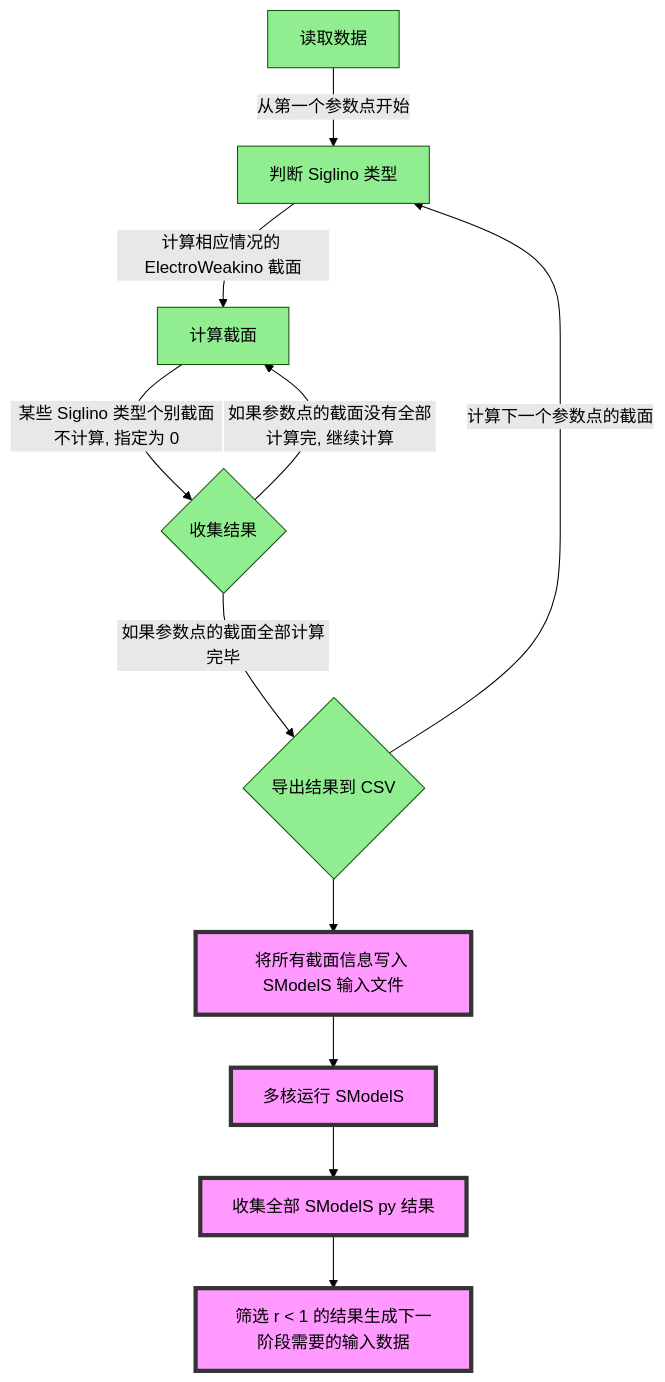
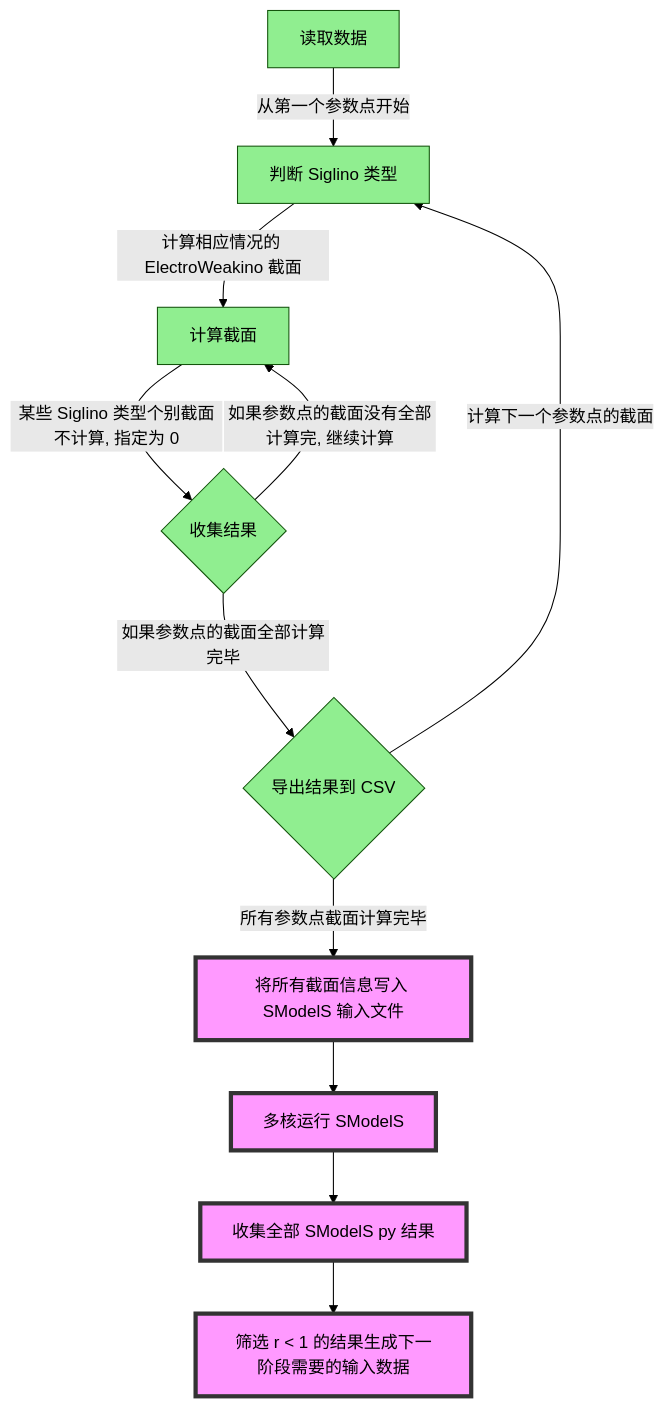
One commit to vooum/SUSYphe changed the second of 10 diagrams in README.md. Above: the diagram before and after it, drawn with Mermaid (forest theme). The commit also changed other lines of this file, not shown here.

````diff
--- a/README.md
+++ b/README.md
@@ -17,22 +101,22 @@
 ```mermaid
 graph TB
     A[读取数据] --> |从第一个参数点开始|B[判断 Siglino 类型];
     B -->|计算相应情况的 ElectroWeakino 截面| C[计算截面];
     C -->|某些 Siglino 类型个别截面不计算, 指定为 0| D{收集结果};
     D -->|如果参数点的截面没有全部计算完, 继续计算| C;
     D -->|如果参数点的截面全部计算完毕| E{导出结果到 CSV};
     E --> |计算下一个参数点的截面|B;
-    E --> F[将所有截面信息写入 SModelS 输入文件];
+    E --> |所有参数点截面计算完毕|F[将所有截面信息写入 SModelS 输入文件];
     F --> G[多核运行 SModelS];
     G --> H[收集全部 SModelS py 结果];
     H --> I[筛选 r < 1 的结果生成下一阶段需要的输入数据]
     style A fill:#90EE90;
     style B fill:#90EE90;
     style C fill:#90EE90;
     style D fill:#90EE90;
     style E fill:#90EE90;
     style F fill:#f9f,stroke:#333,stroke-width:4px;
     style G fill:#f9f,stroke:#333,stroke-width:4px;
     style H fill:#f9f,stroke:#333,stroke-width:4px;
     style I fill:#f9f,stroke:#333,stroke-width:4px;
 ```
````
